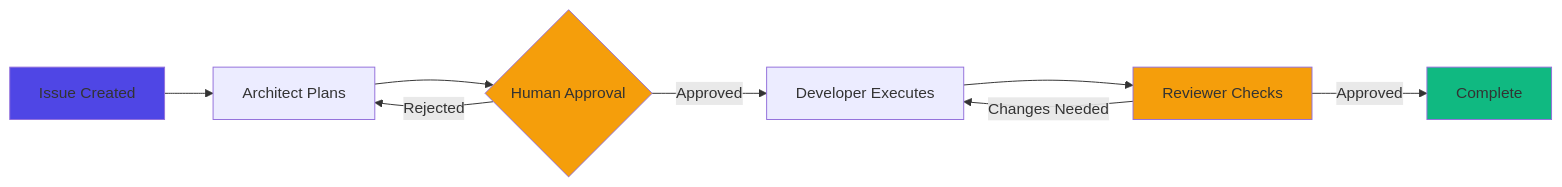
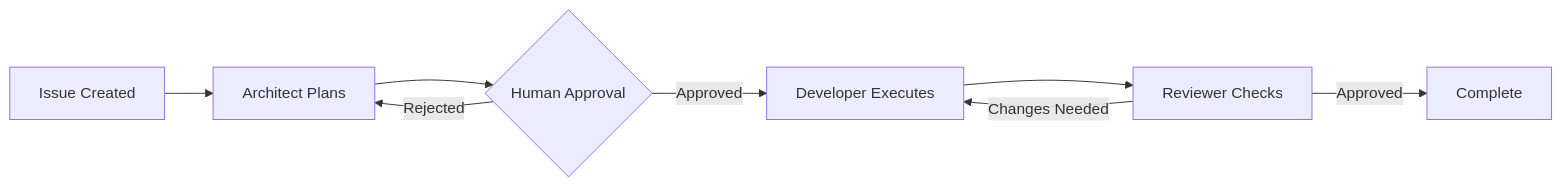
The diagram in design-system/examples/slides-demo.md (existential-birds/amelia), drawn with Mermaid before and after one commit. The commit also changed other lines of this file and 17 other files, not shown here.

````diff
--- a/design-system/examples/slides-demo.md
+++ b/design-system/examples/slides-demo.md
@@ -92,15 +91,10 @@
 ```mermaid {scale: 0.8}
 graph LR
     A[Issue Created] --> B[Architect Plans]
     B --> C{Human Approval}
     C -->|Approved| D[Developer Executes]
     C -->|Rejected| B
     D --> E[Reviewer Checks]
     E -->|Changes Needed| D
     E -->|Approved| F[Complete]
-
-    style A fill:#4f46e5
-    style F fill:#10b981
-    style C fill:#f59e0b
-    style E fill:#f59e0b
 ```
````
